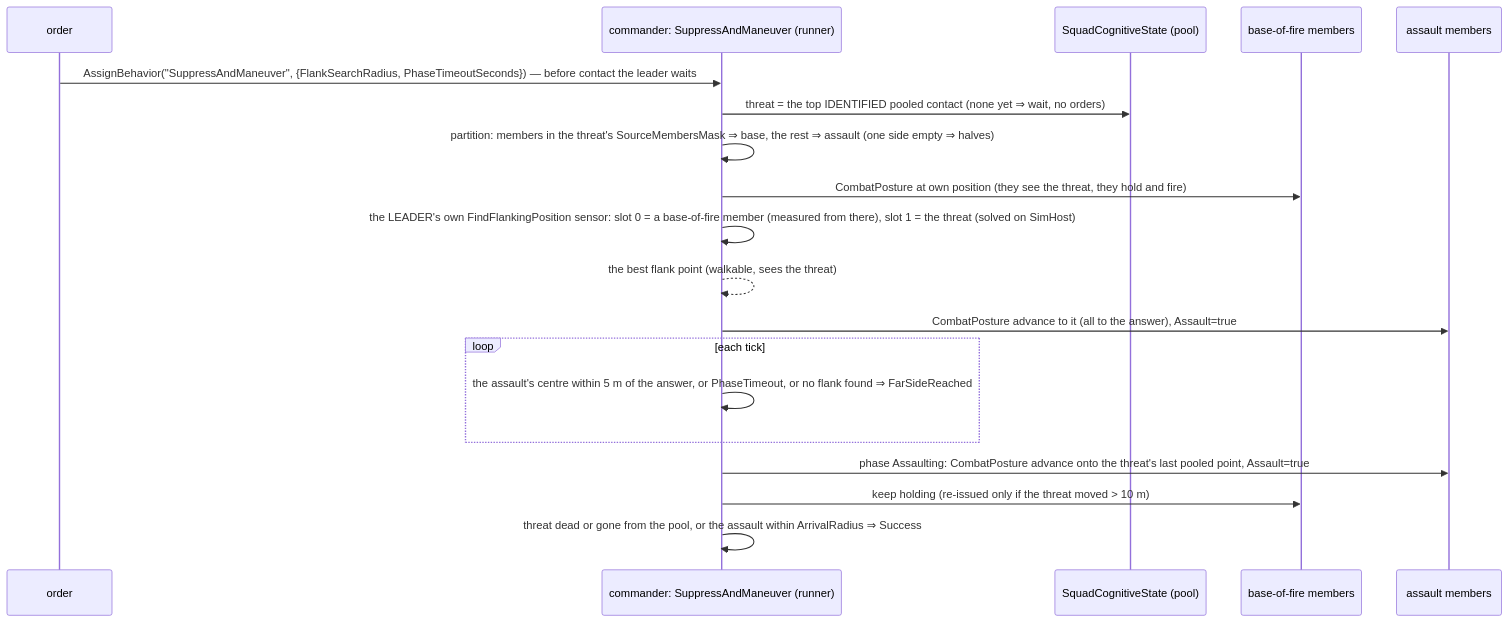
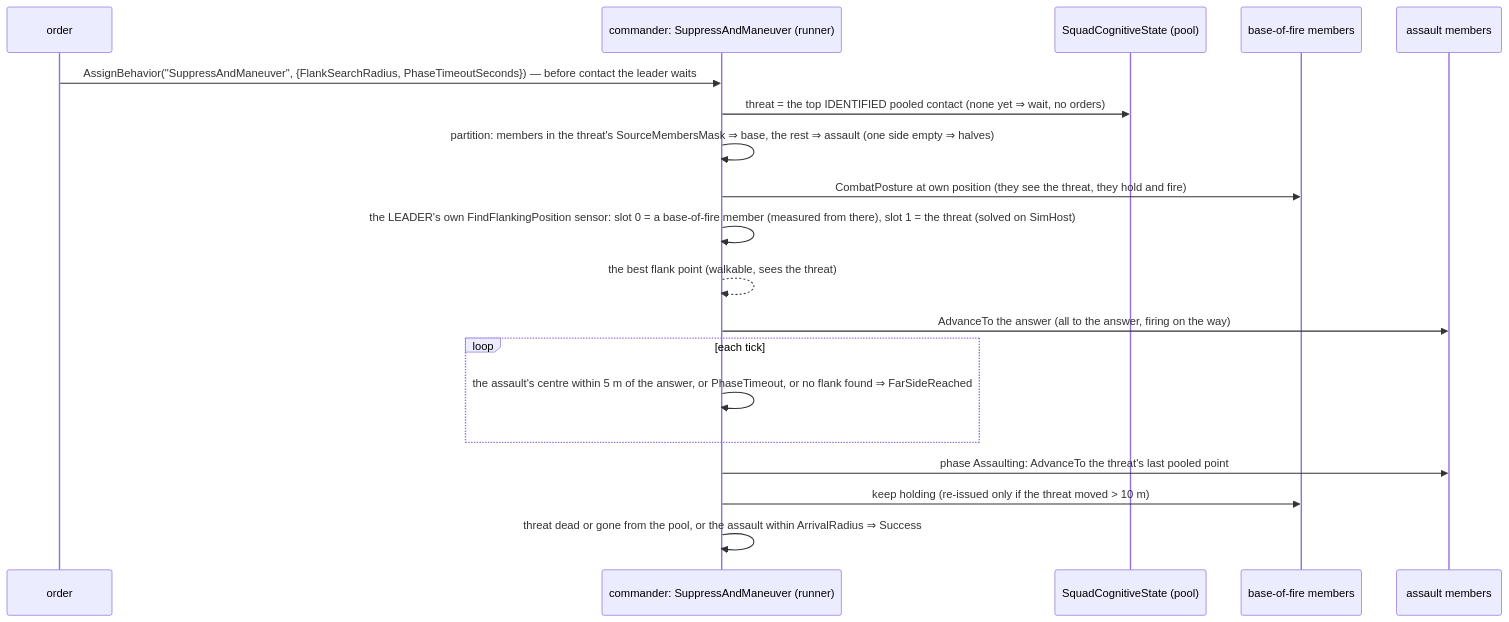
One commit to pjanec/HROT changed the fourth of 10 diagrams in docs/designs/group-maneuvers/DESIGN_Squad_Tactics.md. Above: the diagram before and after it, drawn with Mermaid. The commit also changed other lines of this file and 3 other files, not shown here.

````diff
--- a/docs/designs/group-maneuvers/DESIGN_Squad_Tactics.md
+++ b/docs/designs/group-maneuvers/DESIGN_Squad_Tactics.md
@@ -145,21 +149,21 @@
 ```mermaid
 sequenceDiagram
   participant O as order
   participant C as commander: SuppressAndManeuver (runner)
   participant P as SquadCognitiveState (pool)
   participant B as base-of-fire members
   participant A as assault members
   O->>C: AssignBehavior("SuppressAndManeuver", {FlankSearchRadius, PhaseTimeoutSeconds}) — before contact the leader waits
   C->>P: threat = the top IDENTIFIED pooled contact (none yet ⇒ wait, no orders)
   C->>C: partition: members in the threat's SourceMembersMask ⇒ base, the rest ⇒ assault (one side empty ⇒ halves)
   C->>B: CombatPosture at own position (they see the threat, they hold and fire)
   C->>C: the LEADER's own FindFlankingPosition sensor: slot 0 = a base-of-fire member (measured from there), slot 1 = the threat (solved on SimHost)
   C-->>C: the best flank point (walkable, sees the threat)
-  C->>A: CombatPosture advance to it (all to the answer), Assault=true
+  C->>A: AdvanceTo the answer (all to the answer, firing on the way)
   loop each tick
     C->>C: the assault's centre within 5 m of the answer, or PhaseTimeout, or no flank found ⇒ FarSideReached
   end
-  C->>A: phase Assaulting: CombatPosture advance onto the threat's last pooled point, Assault=true
+  C->>A: phase Assaulting: AdvanceTo the threat's last pooled point
   C->>B: keep holding (re-issued only if the threat moved > 10 m)
   C->>C: threat dead or gone from the pool, or the assault within ArrivalRadius ⇒ Success
 ```
````
